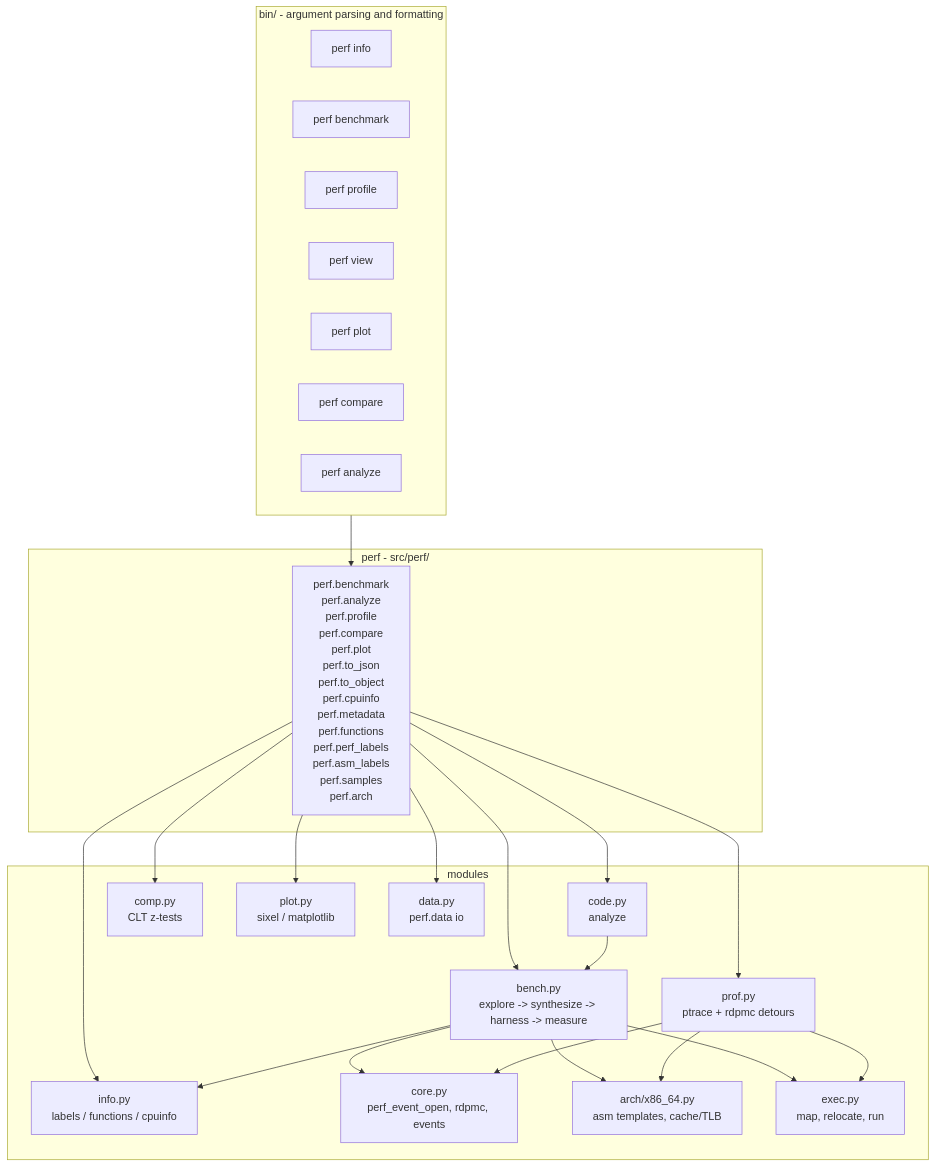
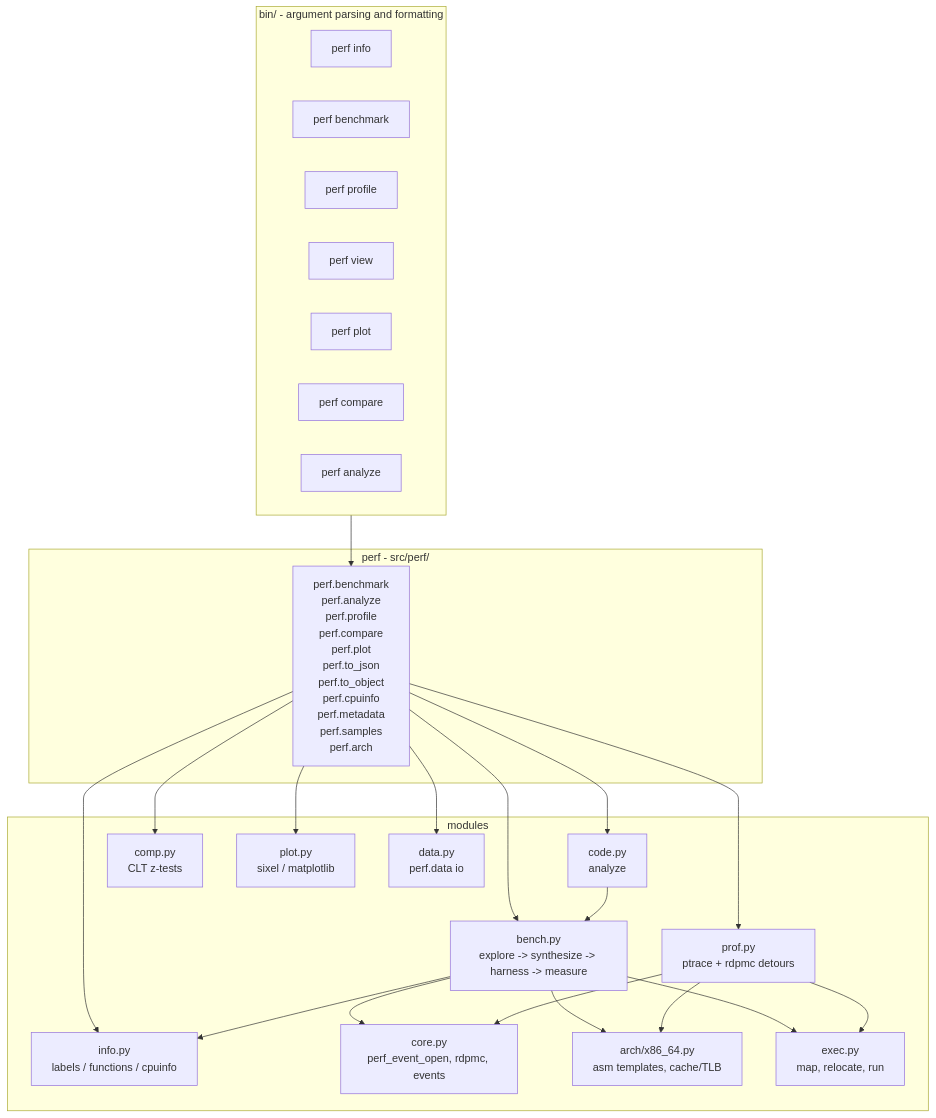
Before and after one commit to perf-labs/perf: the first of 2 diagrams in src/README.md, drawn with Mermaid. The commit also changed other lines of this file and 29 other files, not shown here.

````diff
--- a/src/README.md
+++ b/src/README.md
@@ -7,43 +7,43 @@
 ```mermaid
 flowchart TD
     subgraph cli["bin/ - argument parsing and formatting"]
         info[perf info]
         bench[perf benchmark]
         prof[perf profile]
         view[perf view]
         plot[perf plot]
         comp[perf compare]
         analyze[perf analyze]
     end
     subgraph lib["perf - src/perf/"]
-        api["perf.benchmark<br/>perf.analyze<br/>perf.profile<br/>perf.compare<br/>perf.plot<br/>perf.to_json<br/>perf.to_object<br/>perf.cpuinfo<br/>perf.metadata<br/>perf.functions<br/>perf.perf_labels<br/>perf.asm_labels<br/>perf.samples<br/>perf.arch"]
+        api["perf.benchmark<br/>perf.analyze<br/>perf.profile<br/>perf.compare<br/>perf.plot<br/>perf.to_json<br/>perf.to_object<br/>perf.cpuinfo<br/>perf.metadata<br/>perf.samples<br/>perf.arch"]
     end
     subgraph core["modules"]
         bench_m["bench.py<br/>explore -> synthesize -> harness -> measure"]
         code_m["code.py<br/>analyze"]
         prof_m["prof.py<br/>ptrace + rdpmc detours"]
         comp_m["comp.py<br/>CLT z-tests"]
         plot_m["plot.py<br/>sixel / matplotlib"]
         data_m["data.py<br/>perf.data io"]
         info_m["info.py<br/>labels / functions / cpuinfo"]
         core_m["core.py<br/>perf_event_open, rdpmc, events"]
         arch_m["arch/x86_64.py<br/>asm templates, cache/TLB"]
         elf_m["exec.py<br/>map, relocate, run"]
     end
     cli --> api
     api --> bench_m
     api --> code_m
     api --> prof_m
     api --> comp_m
     api --> plot_m
     api --> data_m
     api --> info_m
     bench_m --> core_m
     bench_m --> arch_m
     bench_m --> elf_m
     bench_m --> info_m
     code_m --> bench_m
     prof_m --> core_m
     prof_m --> arch_m
     prof_m --> elf_m
 ```
````
